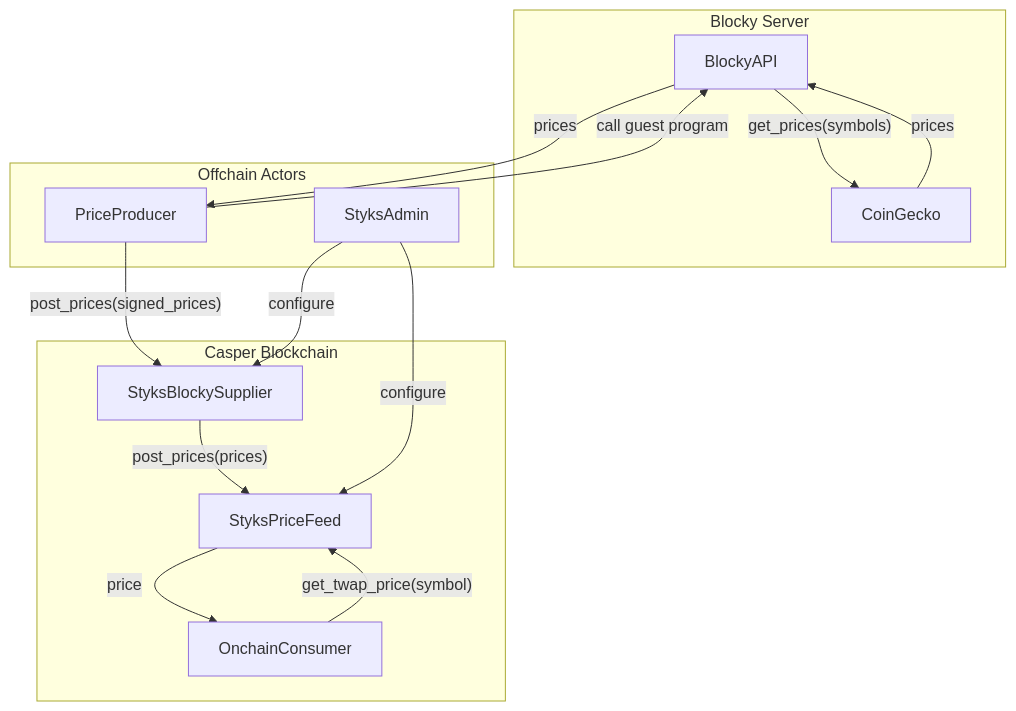
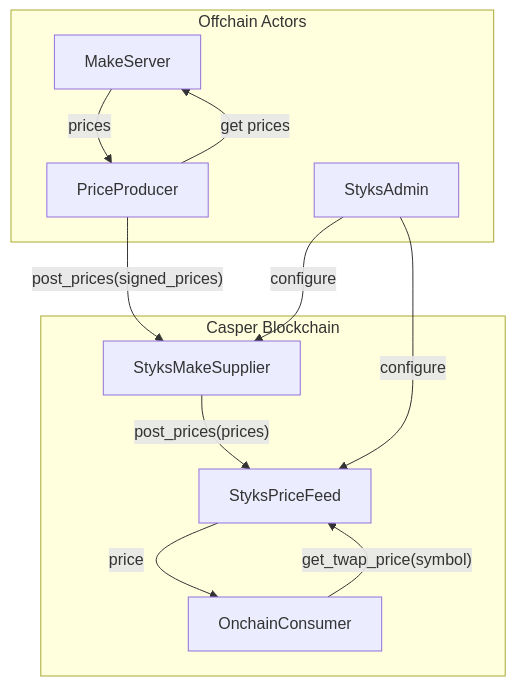
The first of 2 diagrams in README.md (odradev/styks), drawn with Mermaid before and after one commit. The commit also changed other lines of this file, not shown here.

````diff
--- a/README.md
+++ b/README.md
@@ -82,35 +88,30 @@
 ```mermaid
 
 flowchart TB
-    subgraph Blocky Server
-      BlockyAPI
-      CoinGecko
-    end
 
     subgraph Offchain Actors
+      MakeServer
       PriceProducer
       StyksAdmin
     end
 
     subgraph Casper Blockchain
       OnchainConsumer
-      StyksBlockySupplier
+      StyksMakeSupplier
       StyksPriceFeed
     end
 
     %% Retrieve the latest price.
     OnchainConsumer -->|"get_twap_price(symbol)"| StyksPriceFeed
     StyksPriceFeed -->|price| OnchainConsumer
 
-    %% Bringing the price onchain using blocky.
-    PriceProducer -->|"call guest program"| BlockyAPI
-    BlockyAPI -->|"get_prices(symbols)"| CoinGecko
-    CoinGecko -->|"prices"| BlockyAPI
-    BlockyAPI -->|"prices"| PriceProducer
-    PriceProducer -->|"post_prices(signed_prices)"| StyksBlockySupplier
-    StyksBlockySupplier -->|"post_prices(prices)"| StyksPriceFeed
+    %% Bringing the price onchain using Make.
+    PriceProducer -->|"get prices"| MakeServer
+    MakeServer -->|"prices"| PriceProducer
+    PriceProducer -->|"post_prices(signed_prices)"| StyksMakeSupplier
+    StyksMakeSupplier -->|"post_prices(prices)"| StyksPriceFeed
 
     %% Define price feeds.
     StyksAdmin -->|"configure"| StyksPriceFeed
-    StyksAdmin -->|"configure"| StyksBlockySupplier
+    StyksAdmin -->|"configure"| StyksMakeSupplier
 ```
````
